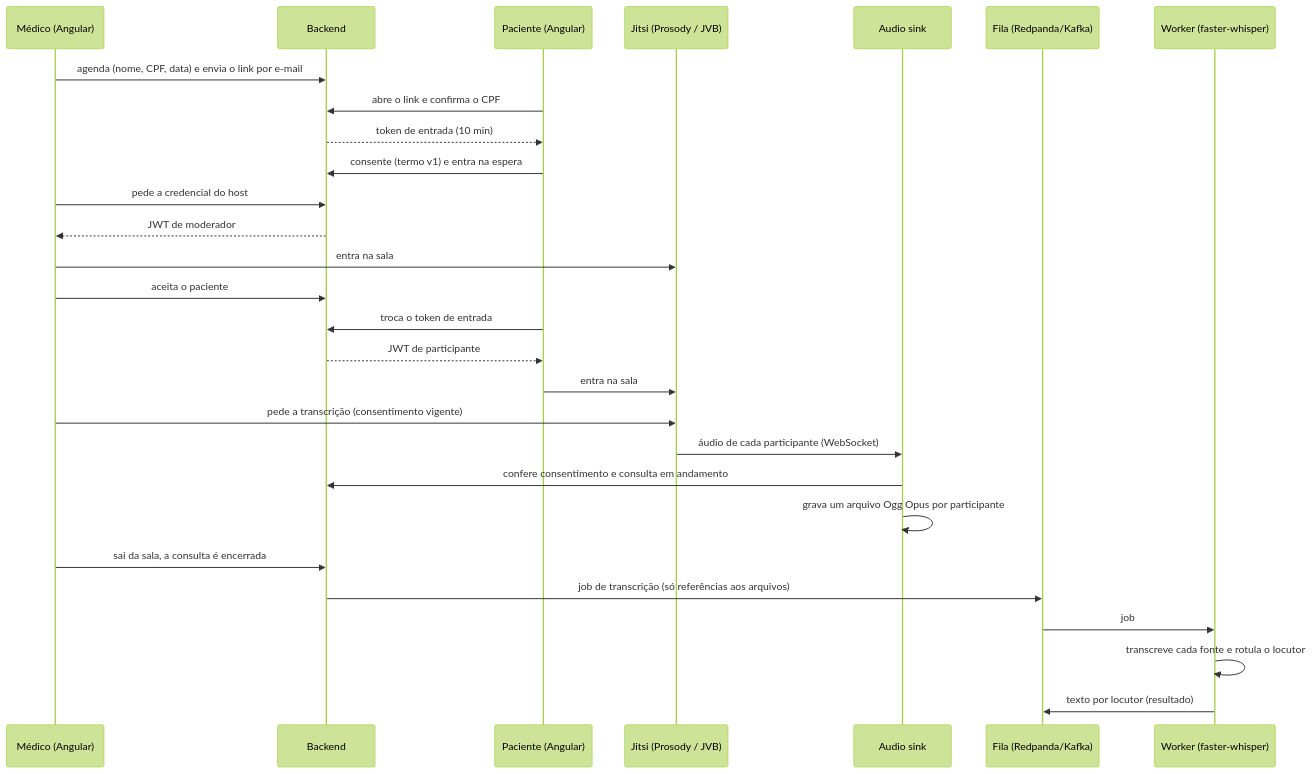
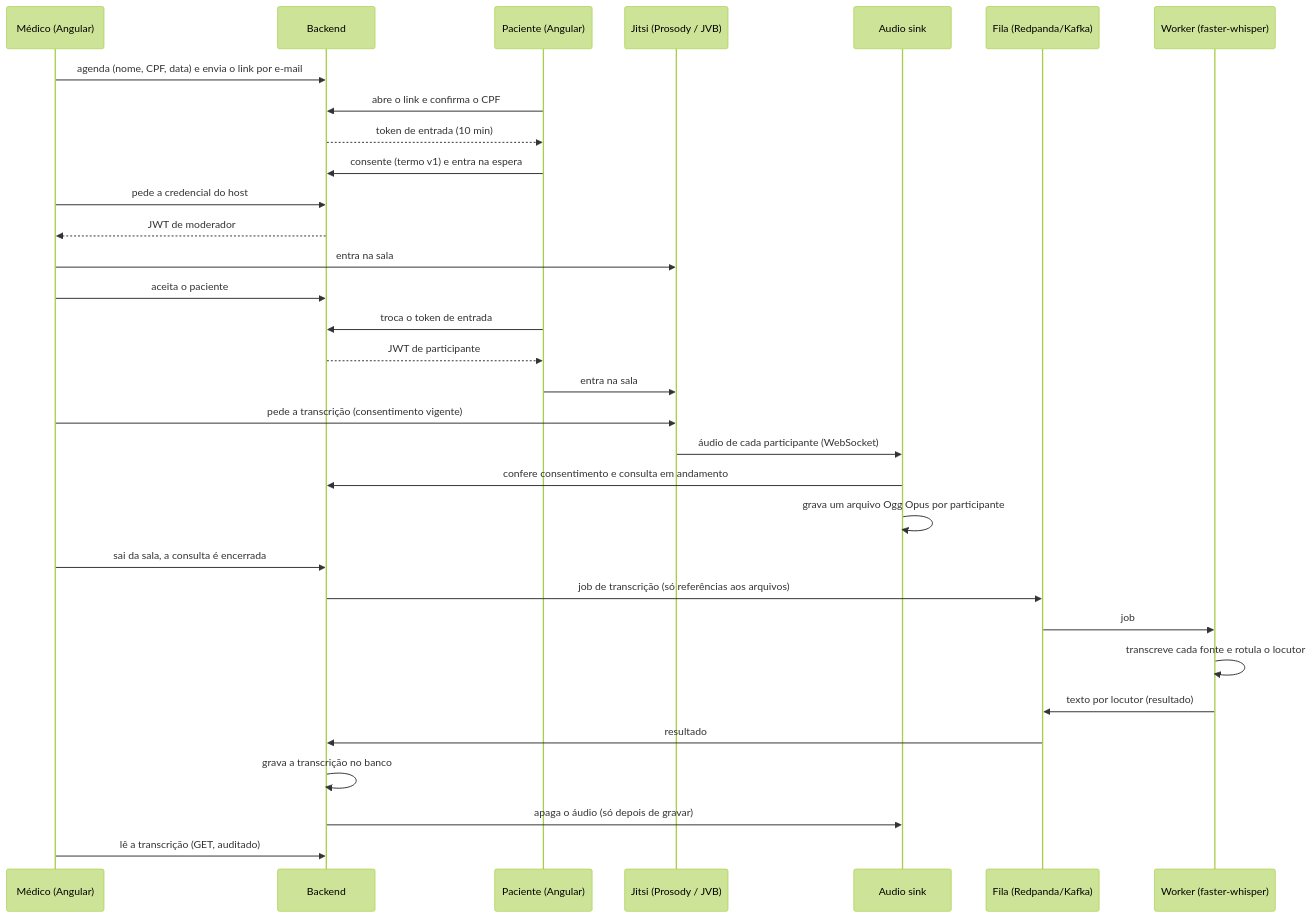
One commit to rbiasibetti/MediLink changed the second of 2 diagrams in README.md. Above: the diagram before and after it, drawn with Mermaid (forest theme). The commit also changed other lines of this file and 21 other files, not shown here.

First line of the commit message:
feat: grava a transcrição e descarta o áudio de forma idempotente (T13)

````diff
--- a/README.md
+++ b/README.md
@@ -110,31 +112,35 @@
 ```mermaid
 sequenceDiagram
     participant M as Médico (Angular)
     participant B as Backend
     participant Pa as Paciente (Angular)
     participant J as Jitsi (Prosody / JVB)
     participant S as Audio sink
     participant K as Fila (Redpanda/Kafka)
     participant W as Worker (faster-whisper)
 
     M->>B: agenda (nome, CPF, data) e envia o link por e-mail
     Pa->>B: abre o link e confirma o CPF
     B-->>Pa: token de entrada (10 min)
     Pa->>B: consente (termo v1) e entra na espera
     M->>B: pede a credencial do host
     B-->>M: JWT de moderador
     M->>J: entra na sala
     M->>B: aceita o paciente
     Pa->>B: troca o token de entrada
     B-->>Pa: JWT de participante
     Pa->>J: entra na sala
     M->>J: pede a transcrição (consentimento vigente)
     J->>S: áudio de cada participante (WebSocket)
     S->>B: confere consentimento e consulta em andamento
     S->>S: grava um arquivo Ogg Opus por participante
     M->>B: sai da sala, a consulta é encerrada
     B->>K: job de transcrição (só referências aos arquivos)
     K->>W: job
     W->>W: transcreve cada fonte e rotula o locutor
     W->>K: texto por locutor (resultado)
+    K->>B: resultado
+    B->>B: grava a transcrição no banco
+    B->>S: apaga o áudio (só depois de gravar)
+    M->>B: lê a transcrição (GET, auditado)
 ```
````
